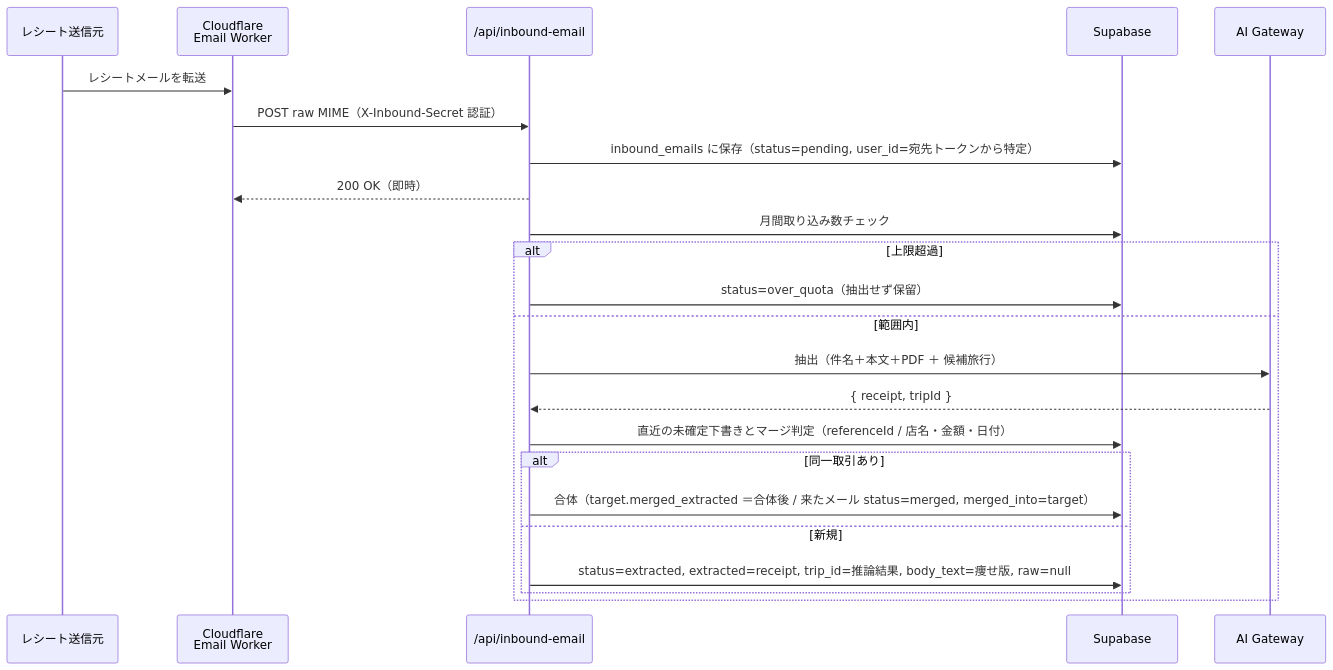
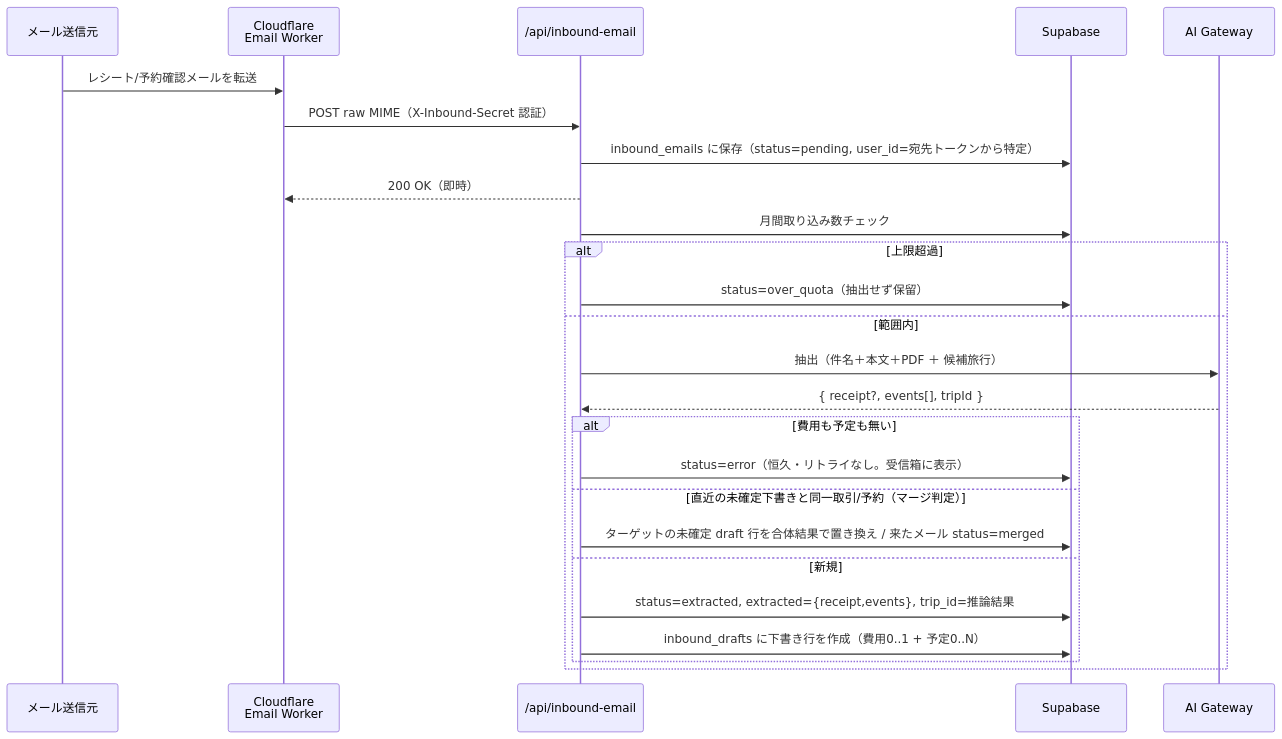
Before and after one commit to shidetake/triplot: the first of 4 diagrams in docs/design/import-flow.md, drawn with Mermaid. The commit also changed other lines of this file and 1 other file, not shown here.

First line of the commit message:
import-flow設計書とBACKLOGを予定取り込み対応に更新

````diff
--- a/docs/design/import-flow.md
+++ b/docs/design/import-flow.md
@@ -21,26 +24,28 @@
 ```mermaid
 sequenceDiagram
-  participant S as レシート送信元
+  participant S as メール送信元
   participant CF as Cloudflare<br/>Email Worker
   participant API as /api/inbound-email
   participant DB as Supabase
   participant LLM as AI Gateway
 
-  S->>CF: レシートメールを転送
+  S->>CF: レシート/予約確認メールを転送
   CF->>API: POST raw MIME（X-Inbound-Secret 認証）
   API->>DB: inbound_emails に保存（status=pending, user_id=宛先トークンから特定）
   API-->>CF: 200 OK（即時）
   API->>DB: 月間取り込み数チェック
   alt 上限超過
     API->>DB: status=over_quota（抽出せず保留）
   else 範囲内
     API->>LLM: 抽出（件名＋本文＋PDF ＋ 候補旅行）
-    LLM-->>API: { receipt, tripId }
-    API->>DB: 直近の未確定下書きとマージ判定（referenceId / 店名・金額・日付）
-    alt 同一取引あり
-      API->>DB: 合体（target.merged_extracted ＝合体後 / 来たメール status=merged, merged_into=target）
+    LLM-->>API: { receipt?, events[], tripId }
+    alt 費用も予定も無い
+      API->>DB: status=error（恒久・リトライなし。受信箱に表示）
+    else 直近の未確定下書きと同一取引/予約（マージ判定）
+      API->>DB: ターゲットの未確定 draft 行を合体結果で置き換え / 来たメール status=merged
     else 新規
-      API->>DB: status=extracted, extracted=receipt, trip_id=推論結果, body_text=痩せ版, raw=null
+      API->>DB: status=extracted, extracted={receipt,events}, trip_id=推論結果
+      API->>DB: inbound_drafts に下書き行を作成（費用0..1 + 予定0..N）
     end
   end
 ```
````
